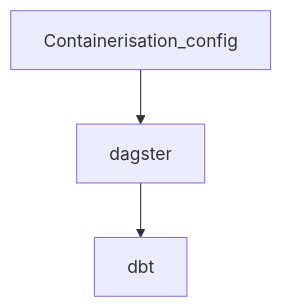
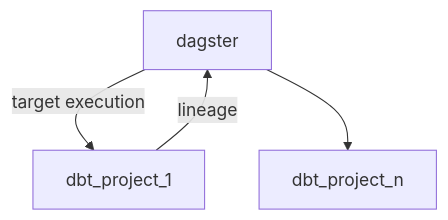
One commit to alxdembo/dp-dagster changed the diagram in README.md. Above: the diagram before and after it, drawn with Mermaid. The commit also changed other lines of this file and 1 other file, not shown here.

````diff
--- a/README.md
+++ b/README.md
@@ -5,5 +10,7 @@
 ```mermaid
-graph TD;
-    Containerisation_config-->dagster;
-    dagster-->dbt;
+graph TD
+;
+    dagster --target execution--> dbt_project_1;
+    dbt_project_1 --lineage--> dagster;
+    dagster --> dbt_project_n;
 ```
````
